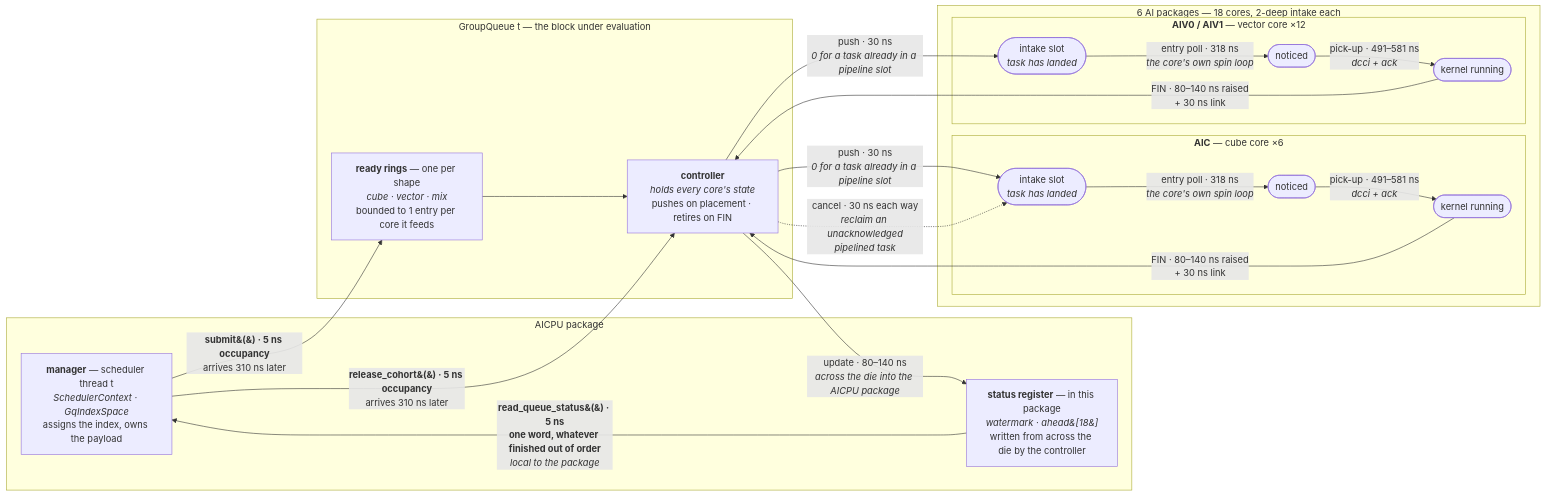
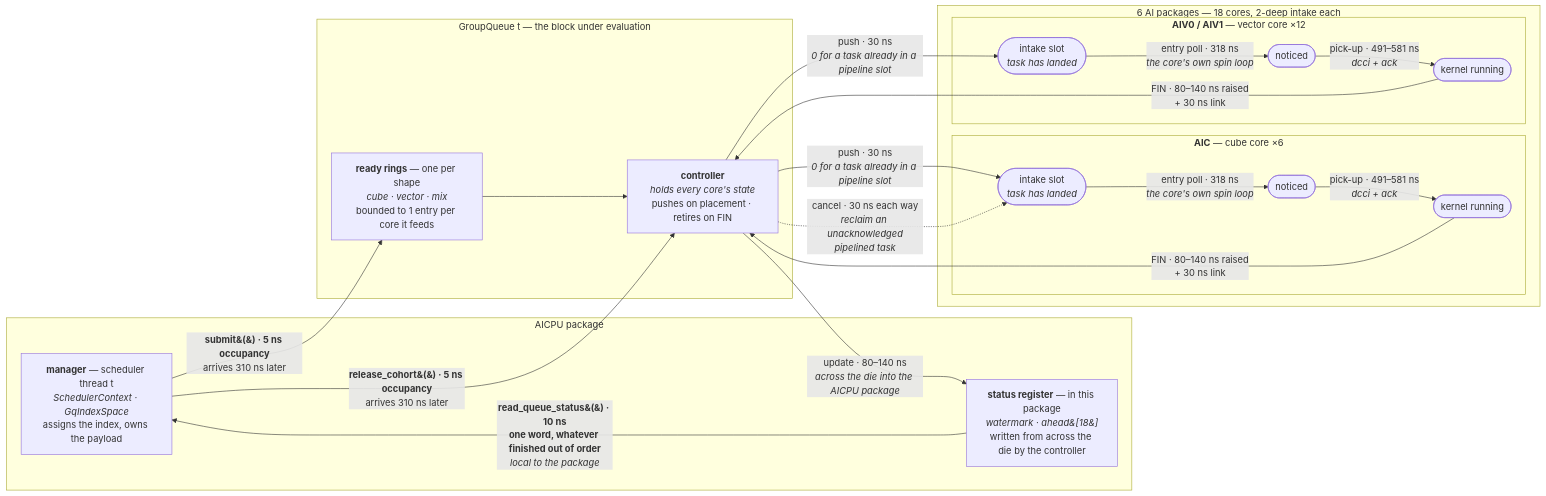
The first of 2 diagrams in docs/asim/device-model.md (huawei-csl/simpler), drawn with Mermaid before and after one commit. The commit also changed other lines of this file, not shown here.

First line of the commit message:
docs/asim: state the status-read and pick-up costs the model charges

````diff
--- a/docs/asim/device-model.md
+++ b/docs/asim/device-model.md
@@ -548,40 +549,40 @@
 ```mermaid
 flowchart LR
     subgraph HOSTSIDE["AICPU package"]
         MGR["<b>manager</b> — scheduler thread t<br/><i>SchedulerContext · GqIndexSpace</i><br/>assigns the index, owns the payload"]
         STAT["<b>status register</b> — in this package<br/><i>watermark · ahead&#91;18&#93;</i><br/>written from across the die by the controller"]
     end
 
     subgraph QUEUE["GroupQueue t — the block under evaluation"]
         RINGS["<b>ready rings</b> — one per shape<br/><i>cube · vector · mix</i><br/>bounded to 1 entry per core it feeds"]
         CTRL["<b>controller</b><br/><i>holds every core's state</i><br/>pushes on placement · retires on FIN"]
     end
 
     subgraph FABRIC["6 AI packages — 18 cores, 2-deep intake each"]
         subgraph AICB["<b>AIC</b> — cube core ×6"]
             AICQ(["intake slot<br/><i>task has landed</i>"])
             AICN(["noticed"])
             AICK(["kernel running"])
             AICQ -- "entry poll · 318 ns<br/><i>the core's own spin loop</i>" --> AICN
             AICN -- "pick-up · 491–581 ns<br/><i>dcci + ack</i>" --> AICK
         end
         subgraph AIVB["<b>AIV0 / AIV1</b> — vector core ×12"]
             AIVQ(["intake slot<br/><i>task has landed</i>"])
             AIVN(["noticed"])
             AIVK(["kernel running"])
             AIVQ -- "entry poll · 318 ns<br/><i>the core's own spin loop</i>" --> AIVN
             AIVN -- "pick-up · 491–581 ns<br/><i>dcci + ack</i>" --> AIVK
         end
     end
 
     MGR -- "<b>submit&#40;&#41; · 5 ns occupancy</b><br/>arrives 310 ns later" --> RINGS
     MGR -- "<b>release_cohort&#40;&#41; · 5 ns occupancy</b><br/>arrives 310 ns later" --> CTRL
     RINGS --> CTRL
     CTRL -- "push · 30 ns<br/><i>0 for a task already in a pipeline slot</i>" --> AICQ
     CTRL -- "push · 30 ns<br/><i>0 for a task already in a pipeline slot</i>" --> AIVQ
     CTRL -. "cancel · 30 ns each way<br/><i>reclaim an unacknowledged<br/>pipelined task</i>" .-> AICQ
     AICK -- "FIN · 80–140 ns raised<br/>+ 30 ns link" --> CTRL
     AIVK -- "FIN · 80–140 ns raised<br/>+ 30 ns link" --> CTRL
     CTRL -- "update · 80–140 ns<br/><i>across the die into the AICPU package</i>" --> STAT
-    STAT -- "<b>read_queue_status&#40;&#41; · 5 ns</b><br/><b>one word, whatever finished out of order</b><br/><i>local to the package</i>" --> MGR
+    STAT -- "<b>read_queue_status&#40;&#41; · 10 ns</b><br/><b>one word, whatever finished out of order</b><br/><i>local to the package</i>" --> MGR
 ```
````
